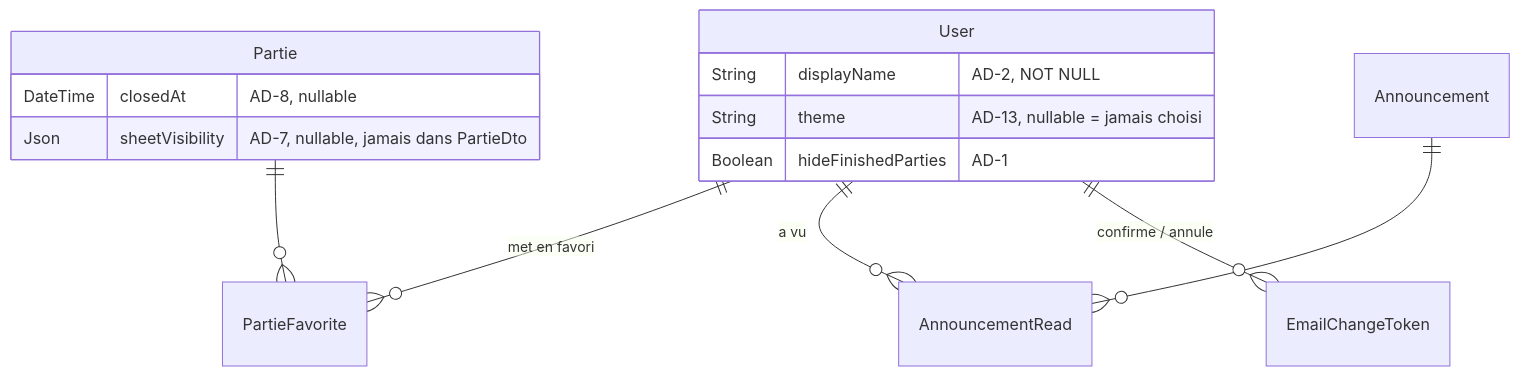
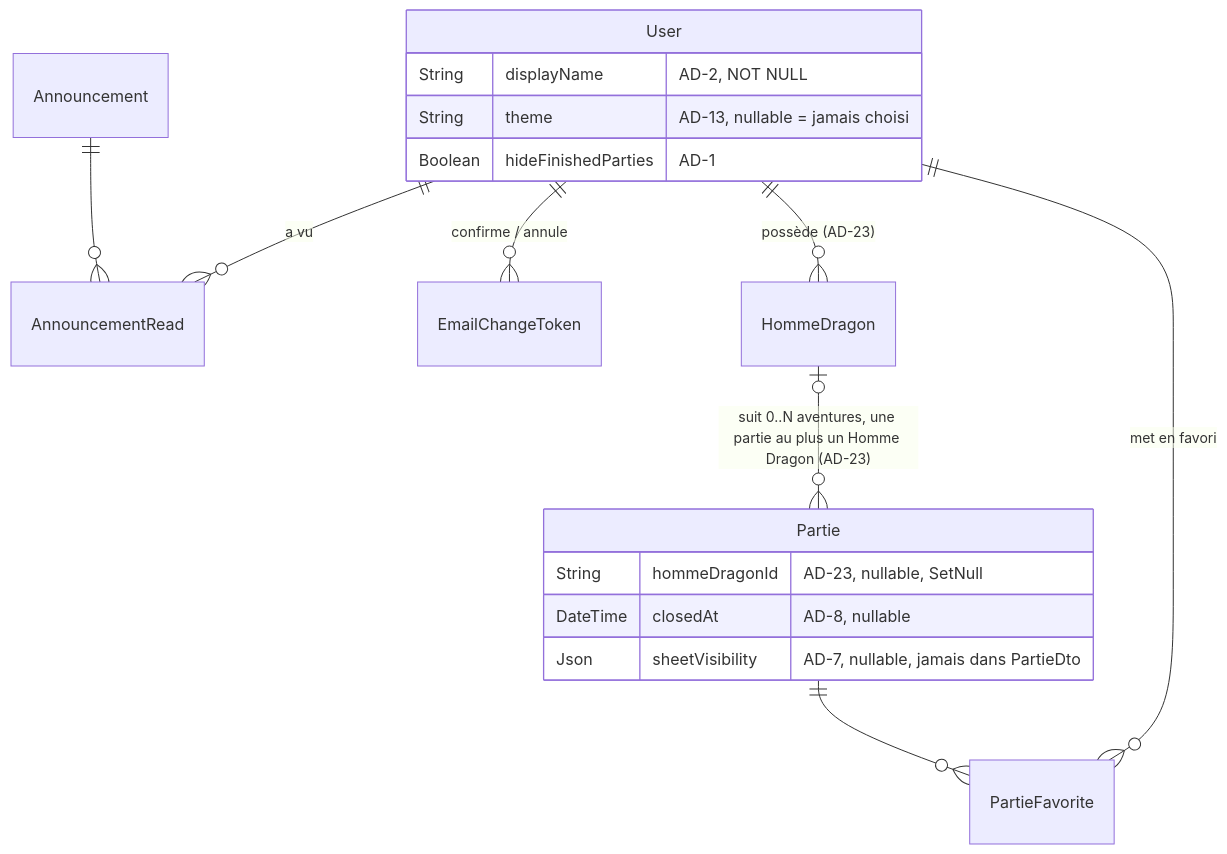
The second of 3 diagrams in _bmad-output/planning-artifacts/architecture/architecture-jdr-master-2026-08-04/ARCHITECTURE-SPINE.md (inconnu259/jdr-master), drawn with Mermaid before and after one commit. The commit also changed other lines of this file and 10 other files, not shown here.

First line of the commit message:
docs(homme-dragon): AD-23 modèle multi-aventures, amendements PRD/épics et sprint change (story 33.8)

````diff
--- a/_bmad-output/planning-artifacts/architecture/architecture-jdr-master-2026-08-04/ARCHITECTURE-SPINE.md
+++ b/_bmad-output/planning-artifacts/architecture/architecture-jdr-master-2026-08-04/ARCHITECTURE-SPINE.md
@@ -367,17 +401,20 @@
 ```mermaid
 erDiagram
   User ||--o{ PartieFavorite : "met en favori"
   Partie ||--o{ PartieFavorite : ""
   User ||--o{ AnnouncementRead : "a vu"
   Announcement ||--o{ AnnouncementRead : ""
   User ||--o{ EmailChangeToken : "confirme / annule"
+  User ||--o{ HommeDragon : "possède (AD-23)"
+  HommeDragon |o--o{ Partie : "suit 0..N aventures, une partie au plus un Homme Dragon (AD-23)"
   Partie {
+    String hommeDragonId "AD-23, nullable, SetNull"
     DateTime closedAt "AD-8, nullable"
     Json sheetVisibility "AD-7, nullable, jamais dans PartieDto"
   }
   User {
     String displayName "AD-2, NOT NULL"
     String theme "AD-13, nullable = jamais choisi"
     Boolean hideFinishedParties "AD-1"
   }
 ```
````
